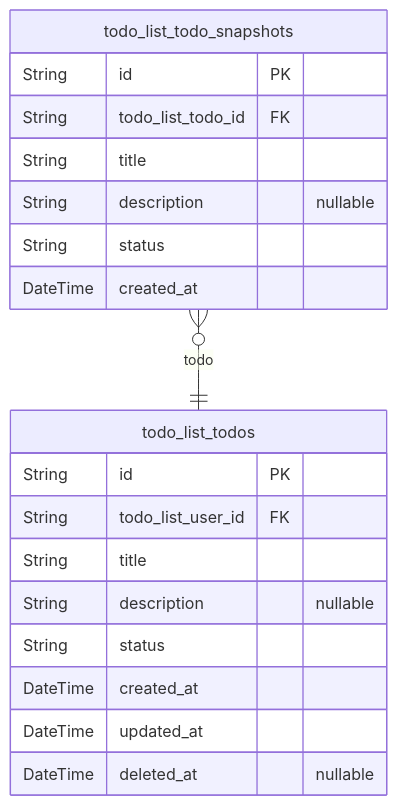
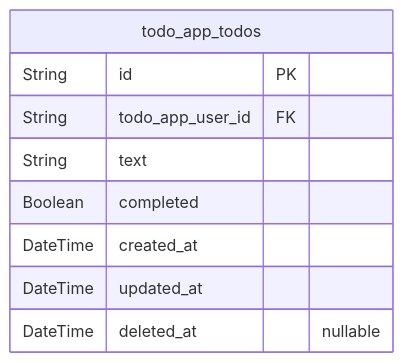
One commit to wrtnlabs/autobe-examples changed the third of 4 diagrams in deepseek/deepseek-v3.1-terminus-exacto/todo/docs/ERD.md. Above: the diagram before and after it, drawn with Mermaid. The commit also changed other lines of this file and 8017 other files, not shown here.

````diff
--- a/deepseek/deepseek-v3.1-terminus-exacto/todo/docs/ERD.md
+++ b/deepseek/deepseek-v3.1-terminus-exacto/todo/docs/ERD.md
@@ -158,22 +289,12 @@
 ```mermaid
 erDiagram
-"todo_list_todos" {
+"todo_app_todos" {
   String id PK
-  String todo_list_user_id FK
-  String title
-  String description "nullable"
-  String status
+  String todo_app_user_id FK
+  String text
+  Boolean completed
   DateTime created_at
   DateTime updated_at
   DateTime deleted_at "nullable"
 }
-"todo_list_todo_snapshots" {
-  String id PK
-  String todo_list_todo_id FK
-  String title
-  String description "nullable"
-  String status
-  DateTime created_at
-}
-"todo_list_todo_snapshots" }o--|| "todo_list_todos" : todo
 ```
````
